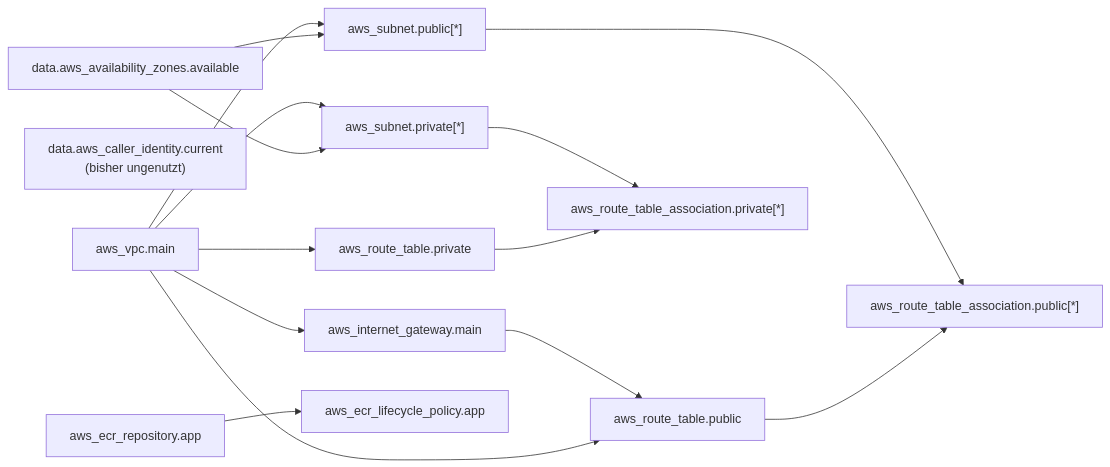
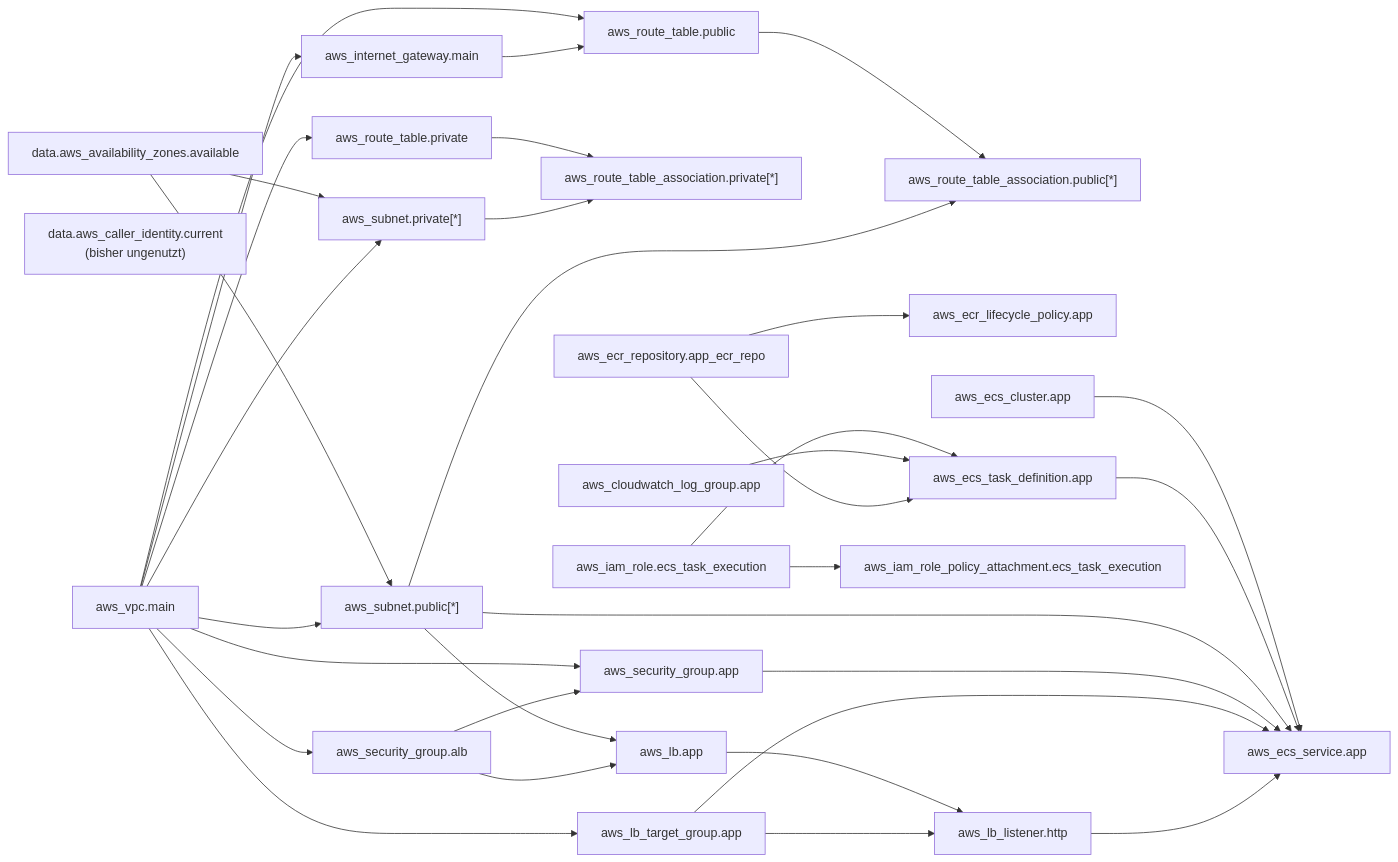
One commit to tomschiffmann-teaching/03-draft-quiz-app changed the fifth of 6 diagrams in INFRASTRUCTURE.md. Above: the diagram before and after it, drawn with Mermaid. The commit also changed other lines of this file and 1 other file, not shown here.

Commit message:
Add task

````diff
--- a/INFRASTRUCTURE.md
+++ b/INFRASTRUCTURE.md
@@ -68,32 +133,66 @@
 ```mermaid
 flowchart LR
     AZsData["data.aws_availability_zones.available"]
     Caller["data.aws_caller_identity.current<br/>(bisher ungenutzt)"]
 
     VPC["aws_vpc.main"]
     IGW["aws_internet_gateway.main"]
     PubSubnets["aws_subnet.public[*]"]
     PrivSubnets["aws_subnet.private[*]"]
     PubRT["aws_route_table.public"]
     PrivRT["aws_route_table.private"]
     PubAssoc["aws_route_table_association.public[*]"]
     PrivAssoc["aws_route_table_association.private[*]"]
 
-    ECR["aws_ecr_repository.app"]
+    ECR["aws_ecr_repository.app_ecr_repo"]
     ECRLP["aws_ecr_lifecycle_policy.app"]
+
+    SGalb["aws_security_group.alb"]
+    SGapp["aws_security_group.app"]
+    ALB["aws_lb.app"]
+    TG["aws_lb_target_group.app"]
+    LST["aws_lb_listener.http"]
+
+    Cluster["aws_ecs_cluster.app"]
+    ExecRole["aws_iam_role.ecs_task_execution"]
+    ExecAttach["aws_iam_role_policy_attachment.ecs_task_execution"]
+    Logs["aws_cloudwatch_log_group.app"]
+    TD["aws_ecs_task_definition.app"]
+    Svc["aws_ecs_service.app"]
 
     AZsData --> PubSubnets
     AZsData --> PrivSubnets
     VPC --> IGW
     VPC --> PubSubnets
     VPC --> PrivSubnets
     VPC --> PubRT
     VPC --> PrivRT
     IGW --> PubRT
     PubRT --> PubAssoc
     PubSubnets --> PubAssoc
     PrivRT --> PrivAssoc
     PrivSubnets --> PrivAssoc
 
     ECR --> ECRLP
+
+    VPC --> SGalb
+    VPC --> SGapp
+    SGalb --> SGapp
+    VPC --> TG
+    PubSubnets --> ALB
+    SGalb --> ALB
+    ALB --> LST
+    TG --> LST
+
+    ExecRole --> ExecAttach
+    ExecRole --> TD
+    Logs --> TD
+    ECR --> TD
+
+    Cluster --> Svc
+    TD --> Svc
+    PubSubnets --> Svc
+    SGapp --> Svc
+    TG --> Svc
+    LST --> Svc
 ```
````
